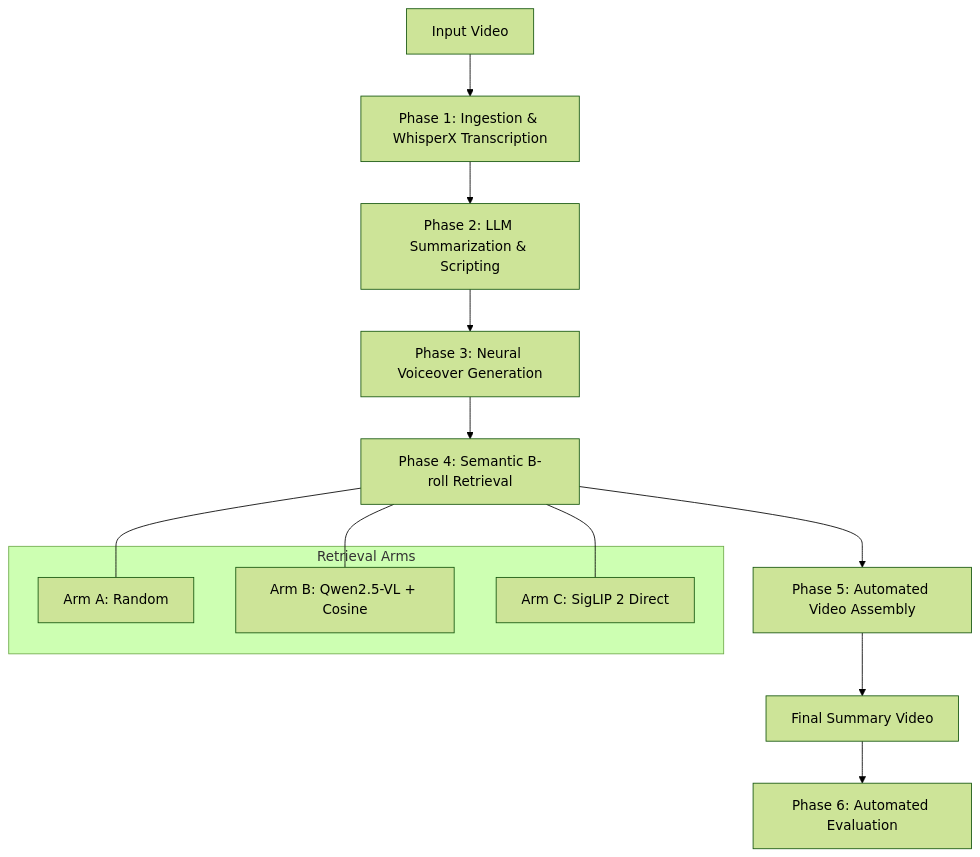
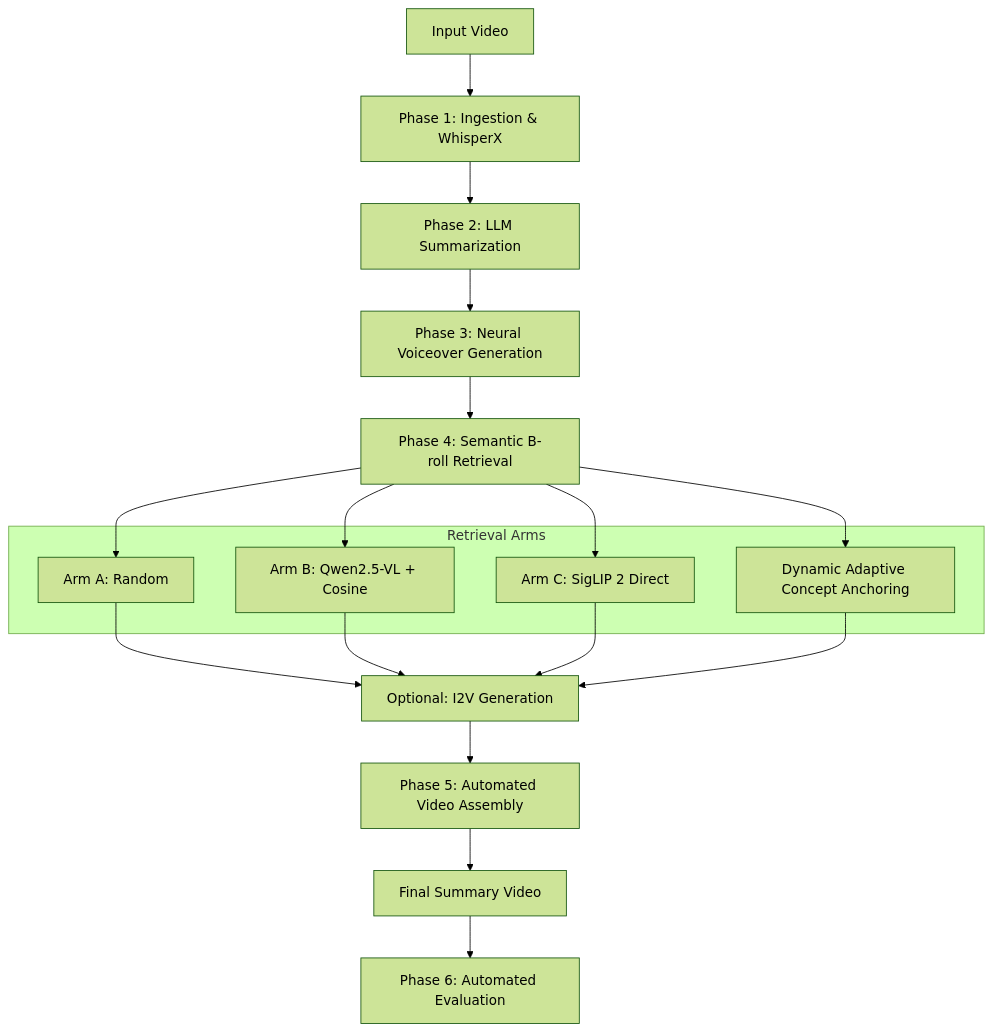
One commit to jbrandons13/SummarizerAI changed the diagram in README.md. Above: the diagram before and after it, drawn with Mermaid (forest theme). The commit also changed other lines of this file, not shown here.

````diff
--- a/README.md
+++ b/README.md
@@ -30,19 +43,20 @@
 ```mermaid
 graph TD
-    A[Input Video] --> B[Phase 1: Ingestion & WhisperX Transcription]
-    B --> C[Phase 2: LLM Summarization & Scripting]
+    A[Input Video] --> B[Phase 1: Ingestion & WhisperX]
+    B --> C[Phase 2: LLM Summarization]
     C --> D[Phase 3: Neural Voiceover Generation]
     D --> E[Phase 4: Semantic B-roll Retrieval]
-    E --> F[Phase 5: Automated Video Assembly]
-    F --> G[Final Summary Video]
-    G --> H[Phase 6: Automated Evaluation]
     
     subgraph "Retrieval Arms"
         E1[Arm A: Random]
         E2[Arm B: Qwen2.5-VL + Cosine]
         E3[Arm C: SigLIP 2 Direct]
+        E4[Dynamic Adaptive Concept Anchoring]
     end
-    E --- E1
-    E --- E2
-    E --- E3
+    E --> E1 & E2 & E3 & E4
+    
+    E1 & E2 & E3 & E4 --> E5[Optional: I2V Generation]
+    E5 --> F[Phase 5: Automated Video Assembly]
+    F --> G[Final Summary Video]
+    G --> H[Phase 6: Automated Evaluation]
 ```
````
